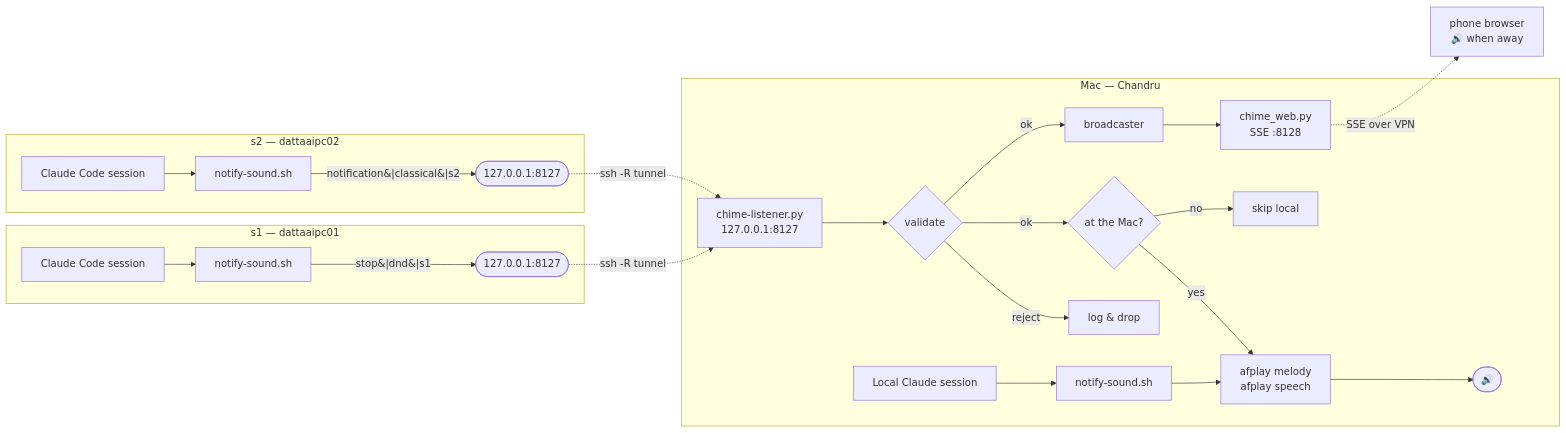
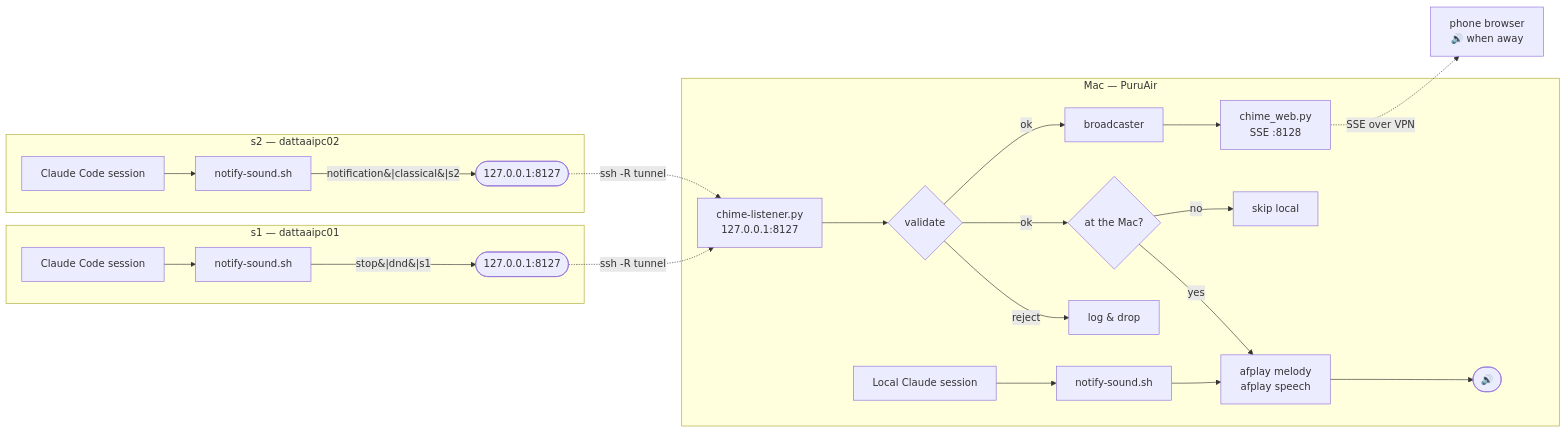
Before and after one commit to chandroos24/claw-bell: the diagram in docs/architecture.md, drawn with Mermaid.

Commit message:
Label the Mac by its hostname
The diagram used the LocalHostName (Chandru) while the machine answers to
PuruAir everywhere else - hostname, and the Tailscale node.

````diff
--- a/docs/architecture.md
+++ b/docs/architecture.md
@@ -28,30 +28,30 @@
 ```mermaid
 flowchart LR
     subgraph S1["s1 &mdash; dattaaipc01"]
         C1["Claude Code session"] --> H1["notify-sound.sh"]
         H1 -->|"stop&#124;dnd&#124;s1"| P1(["127.0.0.1:8127"])
     end
 
     subgraph S2["s2 &mdash; dattaaipc02"]
         C2["Claude Code session"] --> H2["notify-sound.sh"]
         H2 -->|"notification&#124;classical&#124;s2"| P2(["127.0.0.1:8127"])
     end
 
-    subgraph MAC["Mac &mdash; Chandru"]
+    subgraph MAC["Mac &mdash; PuruAir"]
         L["chime-listener.py<br/>127.0.0.1:8127"]
         L --> V{"validate"}
         V -->|"reject"| X["log &amp; drop"]
         V -->|"ok"| PR{"at the Mac?"}
         PR -->|"yes"| A["afplay melody<br/>afplay speech"]
         PR -->|"no"| Q["skip local"]
         V -->|"ok"| BC["broadcaster"]
         BC --> WEB["chime_web.py<br/>SSE :8128"]
         A --> SPK(["🔊"])
         C3["Local Claude session"] --> H3["notify-sound.sh"] --> A
     end
 
     WEB -.->|"SSE over VPN"| PHONE["phone browser<br/>🔊 when away"]
 
     P1 -.->|"ssh -R tunnel"| L
     P2 -.->|"ssh -R tunnel"| L
 ```
````
